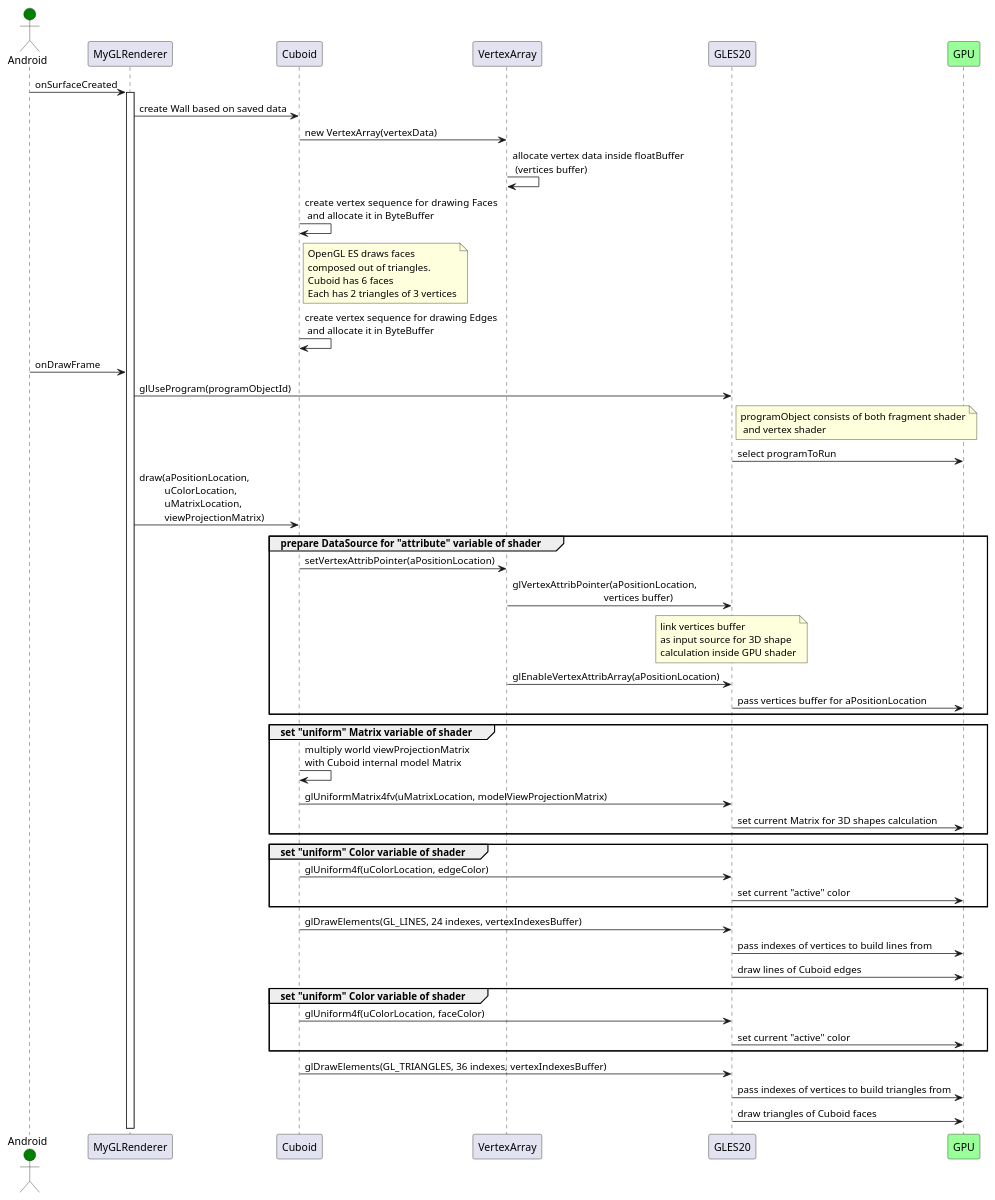
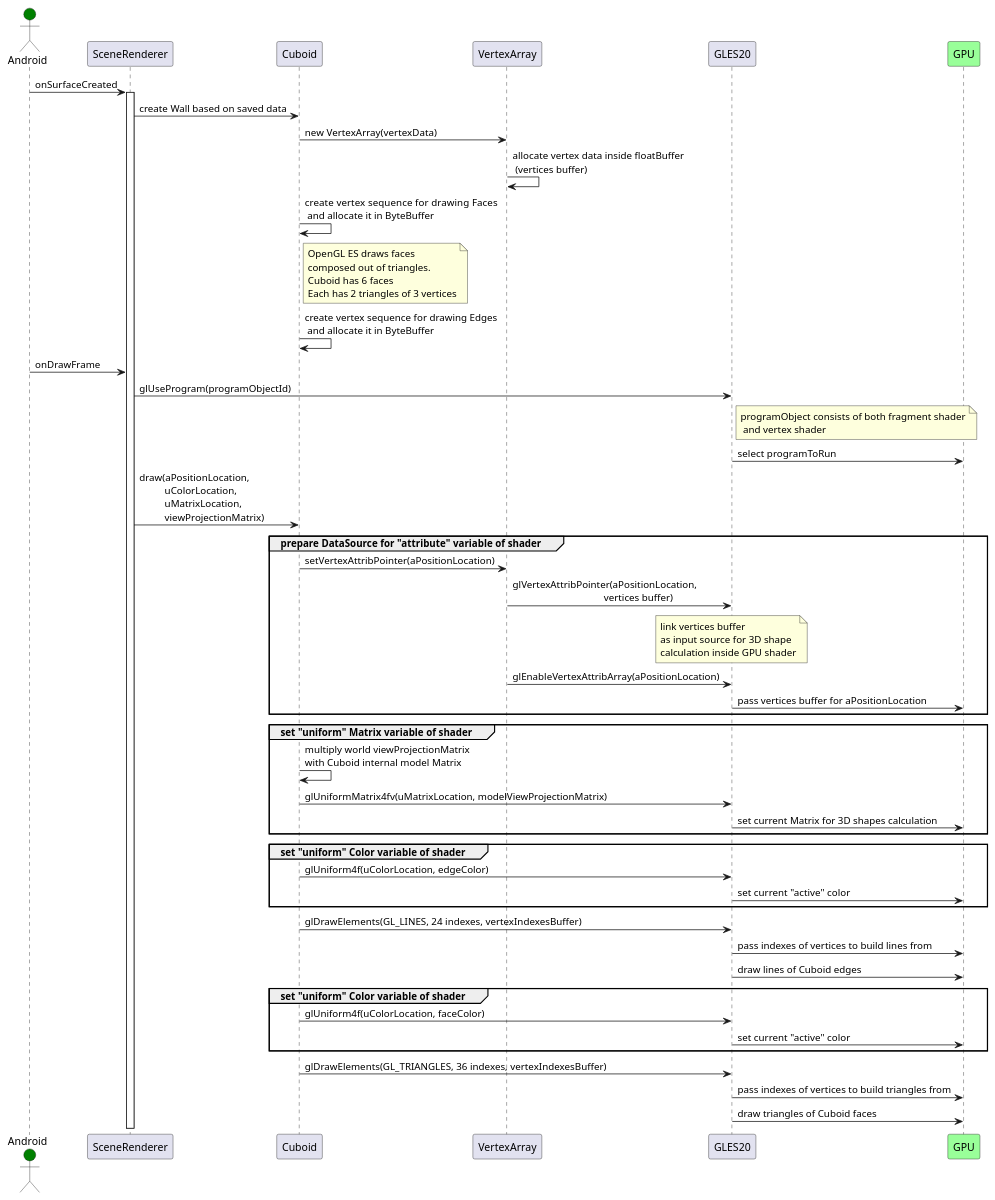
One commit to bogumil-latuszek/virtual_gallery_3D changed the diagram in uml/use_openGL_corrected.puml. Above: the diagram before and after it, drawn with PlantUML. The commit also changed 8 other files, not shown here.

Commit message:
zamiana nazw klas: MyGLRenderer => SceneRenderer, MyGLSurfaceView => Surface3DView

```diff
--- a/uml/use_openGL_corrected.puml
+++ b/uml/use_openGL_corrected.puml
@@ -1,70 +1,70 @@
 @startuml Prepare OpenGL
 actor       Android       as Android1 #green
-participant MyGLRenderer as MyGLRenderer
+participant SceneRenderer as SceneRenderer
 participant Cuboid as Cuboid
 participant VertexArray as VertexArray
 participant GLES20 as GLES20
 participant GPU as GPU #99FF99
 
-Android1 -> MyGLRenderer: onSurfaceCreated
-activate MyGLRenderer
-MyGLRenderer -> Cuboid: create Wall based on saved data
+Android1 -> SceneRenderer: onSurfaceCreated
+activate SceneRenderer
+SceneRenderer -> Cuboid: create Wall based on saved data
 Cuboid -> VertexArray: new VertexArray(vertexData)
 VertexArray -> VertexArray: allocate vertex data inside floatBuffer \n (vertices buffer)
 
 Cuboid -> Cuboid: create vertex sequence  for drawing Faces \n and allocate it in ByteBuffer
 note right Cuboid
 OpenGL ES draws faces
 composed out of triangles.
 Cuboid has 6 faces
 Each has 2 triangles of 3 vertices
 end note
 Cuboid -> Cuboid: create vertex sequence for drawing Edges \n and allocate it in ByteBuffer
 
-Android1 -> MyGLRenderer: onDrawFrame
+Android1 -> SceneRenderer: onDrawFrame
 
-MyGLRenderer -> GLES20: glUseProgram(programObjectId)
+SceneRenderer -> GLES20: glUseProgram(programObjectId)
 note right GLES20
 programObject consists of both fragment shader
  and vertex shader
 end note
 GLES20 -> GPU: select programToRun
 
-MyGLRenderer -> Cuboid: draw(aPositionLocation,\n          uColorLocation,\n          uMatrixLocation,\n          viewProjectionMatrix)
+SceneRenderer -> Cuboid: draw(aPositionLocation,\n          uColorLocation,\n          uMatrixLocation,\n          viewProjectionMatrix)
 group prepare DataSource for "attribute" variable of shader
 Cuboid -> VertexArray: setVertexAttribPointer(aPositionLocation)
 VertexArray -> GLES20: glVertexAttribPointer(aPositionLocation,\n                                    vertices buffer)
 note over GLES20
 link vertices buffer
 as input source for 3D shape
 calculation inside GPU shader
 end note
 VertexArray -> GLES20: glEnableVertexAttribArray(aPositionLocation)
 GLES20 -> GPU: pass vertices buffer for aPositionLocation
 end
 
 group set "uniform" Matrix variable of shader
 Cuboid -> Cuboid: multiply world viewProjectionMatrix\nwith Cuboid internal model Matrix
 Cuboid -> GLES20: glUniformMatrix4fv(uMatrixLocation, modelViewProjectionMatrix)
 GLES20 -> GPU: set current Matrix for 3D shapes calculation
 end
 
 group set "uniform" Color variable of shader
 Cuboid -> GLES20: glUniform4f(uColorLocation, edgeColor)
 GLES20 -> GPU: set current "active" color
 end
 
 Cuboid -> GLES20: glDrawElements(GL_LINES, 24 indexes, vertexIndexesBuffer)
 GLES20 -> GPU: pass indexes of vertices to build lines from
 GLES20 -> GPU: draw lines of Cuboid edges
 
 group set "uniform" Color variable of shader
 Cuboid -> GLES20: glUniform4f(uColorLocation, faceColor)
 GLES20 -> GPU: set current "active" color
 end
 
 
 Cuboid -> GLES20: glDrawElements(GL_TRIANGLES, 36 indexes, vertexIndexesBuffer)
 GLES20 -> GPU: pass indexes of vertices to build triangles from
 GLES20 -> GPU: draw triangles of Cuboid faces
 @enduml
```
